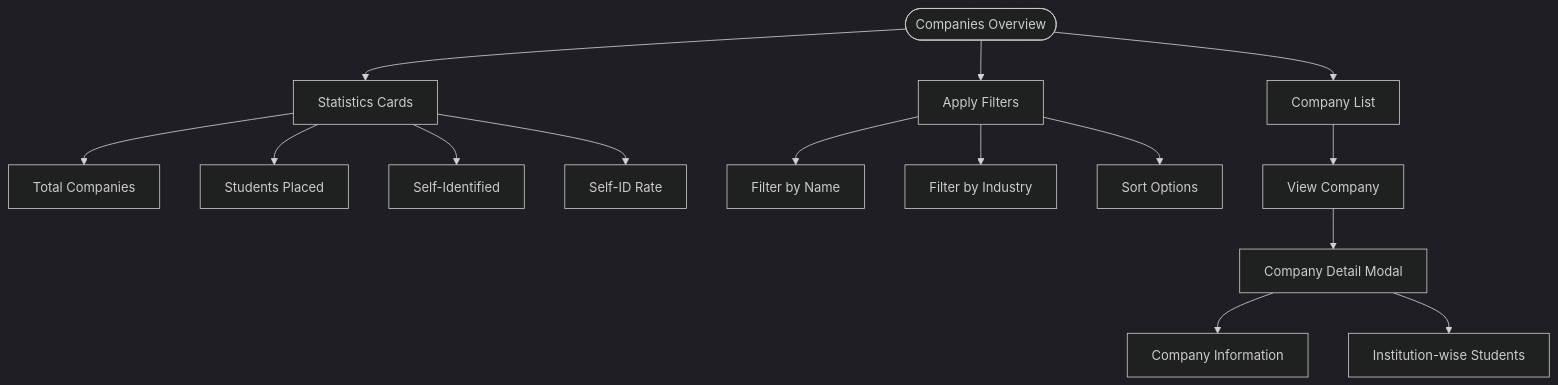
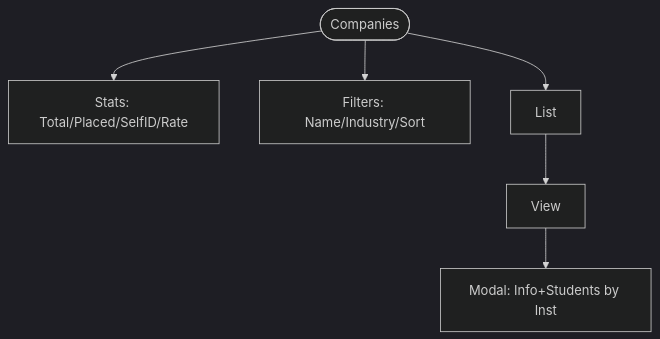
One commit to gunjangupta-gh/placeintern changed diagram 12 of 58 in INTERNSHIP_PORTAL_FLOW_DIAGRAMS.md. Above: the diagram before and after it, drawn with Mermaid (dark theme). The commit also changed other lines of this file and 6 other files, not shown here.

````diff
--- a/INTERNSHIP_PORTAL_FLOW_DIAGRAMS.md
+++ b/INTERNSHIP_PORTAL_FLOW_DIAGRAMS.md
@@ -396,21 +195,6 @@
 ```mermaid
 flowchart TD
-    COMPANIES([Companies Overview]) --> STATS[Statistics Cards]
-
-    STATS --> TOTAL_CO[Total Companies]
-    STATS --> STUDENTS_PLACED[Students Placed]
-    STATS --> SELF_ID[Self-Identified]
-    STATS --> SELF_RATE[Self-ID Rate]
-
-    COMPANIES --> FILTERS[Apply Filters]
-    FILTERS --> BY_NAME[Filter by Name]
-    FILTERS --> BY_INDUSTRY[Filter by Industry]
-    FILTERS --> SORT[Sort Options]
-
-    COMPANIES --> LIST[Company List]
-    LIST --> VIEW_COMPANY[View Company]
-
-    VIEW_COMPANY --> MODAL[Company Detail Modal]
-    MODAL --> COMPANY_INFO[Company Information]
-    MODAL --> INST_STUDENTS[Institution-wise Students]
+    A([Companies])-->B[Stats: Total/Placed/SelfID/Rate]
+    A-->C[Filters: Name/Industry/Sort]
+    A-->D[List]-->E[View]-->F[Modal: Info+Students by Inst]
 ```
````
